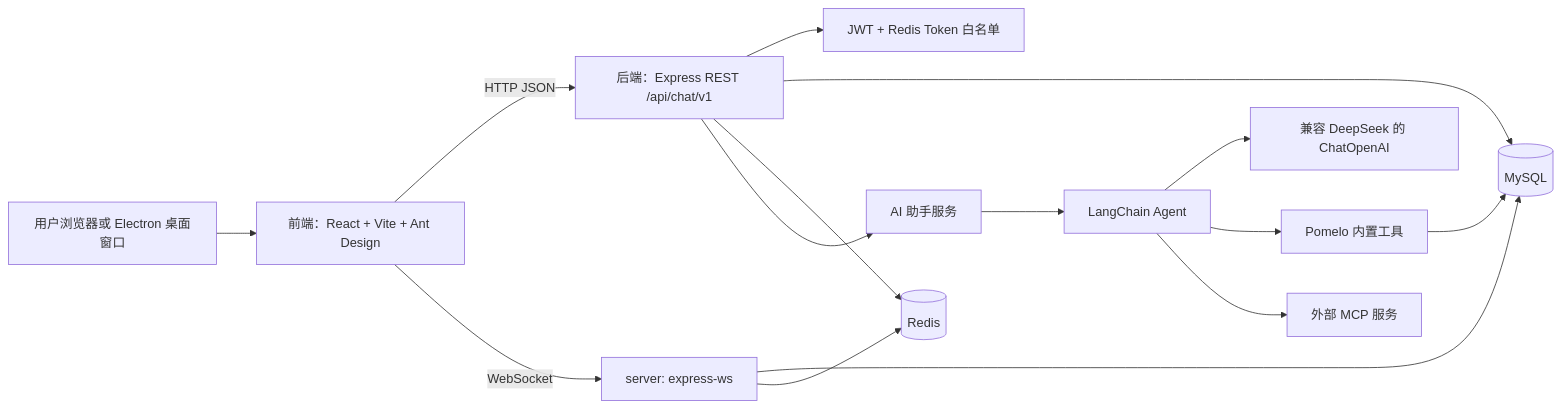
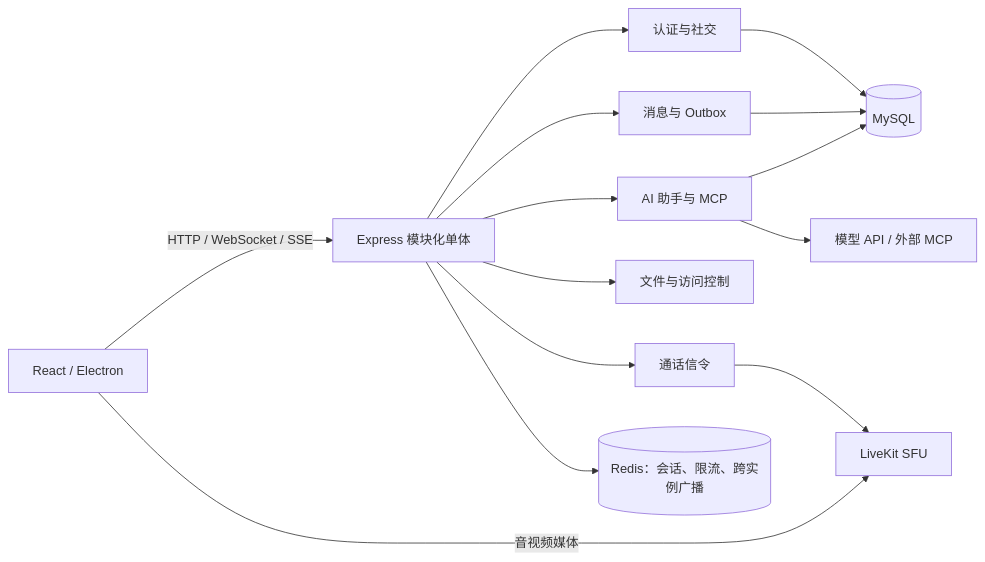
One commit to davent10086/pomelo-chat changed the diagram in README.md. Above: the diagram before and after it, drawn with Mermaid. The commit also changed other lines of this file and 63 other files, not shown here.

````diff
--- a/README.md
+++ b/README.md
@@ -28,19 +11,16 @@
 ```mermaid
 flowchart LR
-  User["用户浏览器或 Electron 桌面窗口"] --> Client["前端：React + Vite + Ant Design"]
-  Client -->|HTTP JSON| API["后端：Express REST /api/chat/v1"]
-  Client -->|WebSocket| WS["server: express-ws"]
-
-  API --> Auth["JWT + Redis Token 白名单"]
-  API --> MySQL[("MySQL")]
-  API --> Redis[("Redis")]
-  WS --> MySQL
-  WS --> Redis
-
-  API --> Assistant["AI 助手服务"]
-  Assistant --> Agent["LangChain Agent"]
-  Agent --> LLM["兼容 DeepSeek 的 ChatOpenAI"]
-  Agent --> BuiltinTools["Pomelo 内置工具"]
-  Agent --> ExternalMCP["外部 MCP 服务"]
-  BuiltinTools --> MySQL
+  Client["React / Electron"] -->|HTTP / WebSocket / SSE| Server["Express 模块化单体"]
+  Server --> Identity["认证与社交"]
+  Server --> Messaging["消息与 Outbox"]
+  Server --> Assistant["AI 助手与 MCP"]
+  Server --> Files["文件与访问控制"]
+  Server --> RTC["通话信令"]
+  Identity --> MySQL[(MySQL)]
+  Messaging --> MySQL
+  Assistant --> MySQL
+  Server --> Redis[("Redis：会话、限流、跨实例广播")]
+  Assistant --> Model["模型 API / 外部 MCP"]
+  RTC --> LiveKit["LiveKit SFU"]
+  Client -->|音视频媒体| LiveKit
 ```
````
